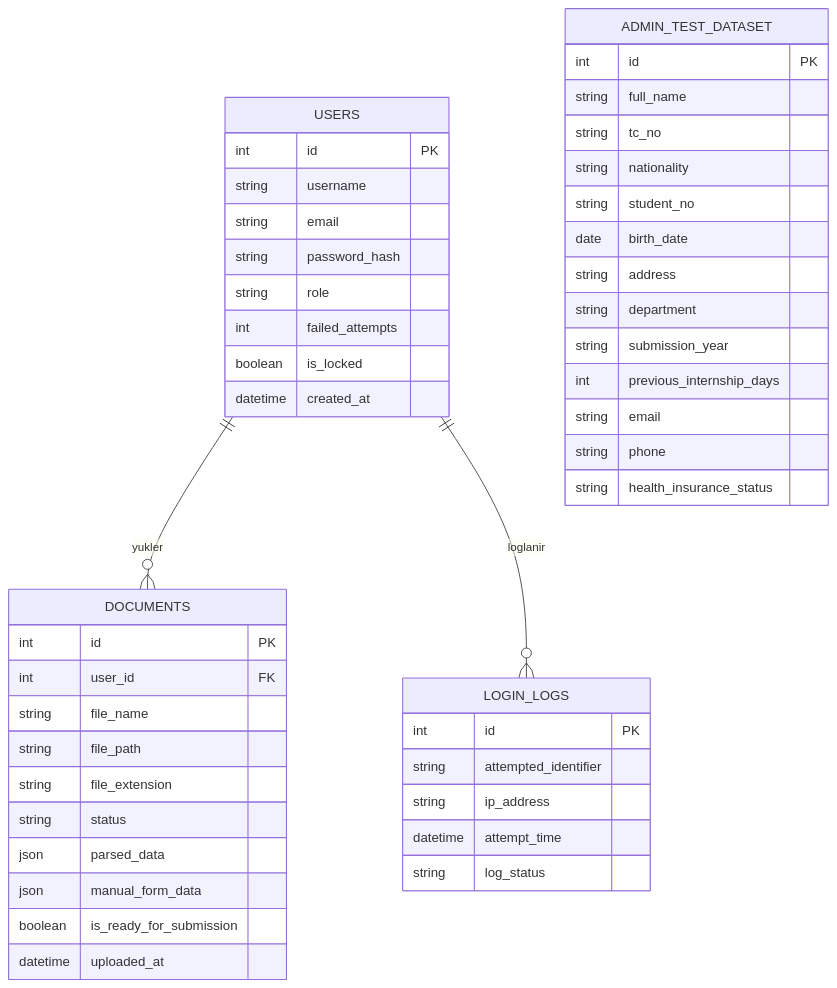
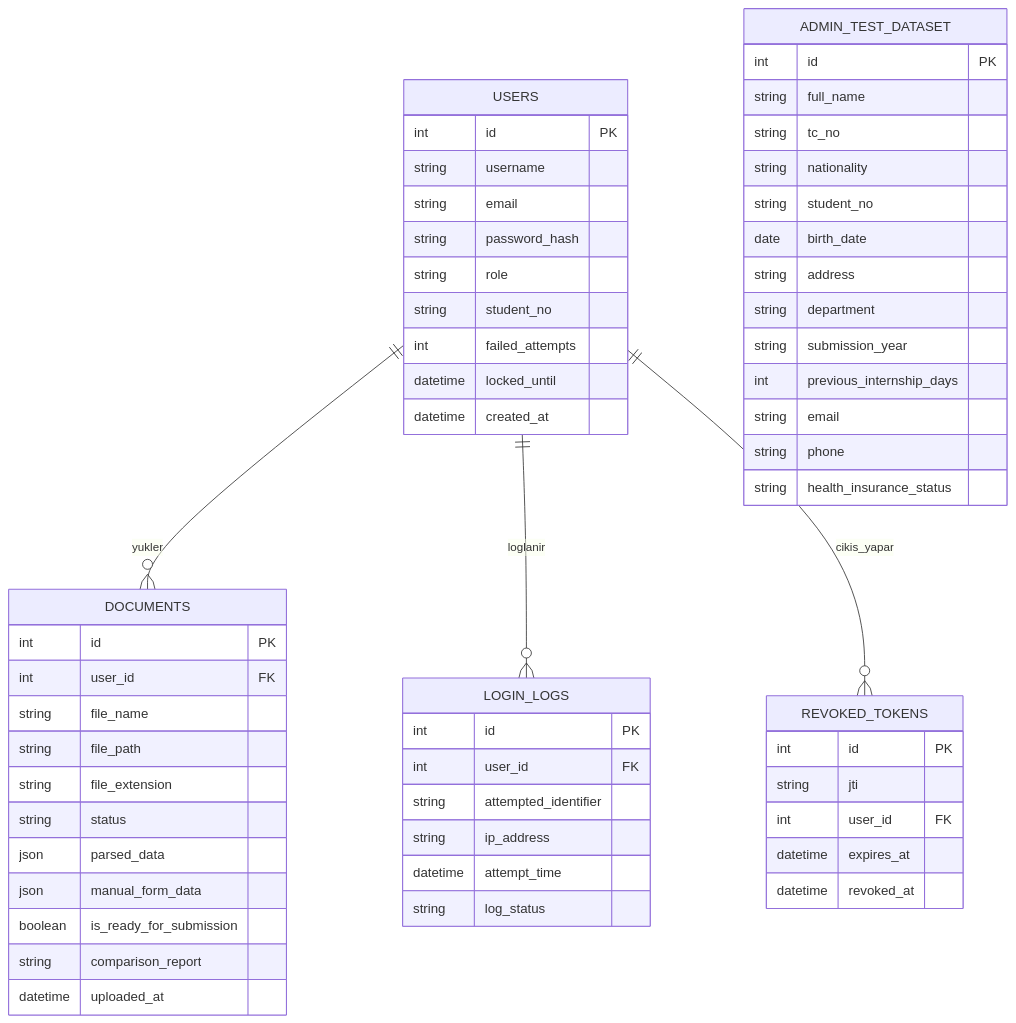
Before and after one commit to faruksrcn21-ux/staj-yonetim-sistemi: the diagram in docs/01_VERITABANI_ER_DIYAGRAMI.md, drawn with Mermaid. The commit also changed other lines of this file and 4 other files, not shown here.

````diff
--- a/docs/01_VERITABANI_ER_DIYAGRAMI.md
+++ b/docs/01_VERITABANI_ER_DIYAGRAMI.md
@@ -71,53 +83,65 @@
 ```mermaid
 erDiagram
     USERS ||--o{ DOCUMENTS : "yukler"
     USERS ||--o{ LOGIN_LOGS : "loglanir"
+    USERS ||--o{ REVOKED_TOKENS : "cikis_yapar"
 
     USERS {
         int id PK
         string username
         string email
         string password_hash
         string role
+        string student_no
         int failed_attempts
-        boolean is_locked
+        datetime locked_until
         datetime created_at
     }
 
     DOCUMENTS {
         int id PK
         int user_id FK
         string file_name
         string file_path
         string file_extension
         string status
         json parsed_data
         json manual_form_data
         boolean is_ready_for_submission
+        string comparison_report
         datetime uploaded_at
     }
 
     ADMIN_TEST_DATASET {
         int id PK
         string full_name
         string tc_no
         string nationality
         string student_no
         date birth_date
         string address
         string department
         string submission_year
         int previous_internship_days
         string email
         string phone
         string health_insurance_status
     }
 
     LOGIN_LOGS {
         int id PK
+        int user_id FK
         string attempted_identifier
         string ip_address
         datetime attempt_time
         string log_status
     }
+
+    REVOKED_TOKENS {
+        int id PK
+        string jti
+        int user_id FK
+        datetime expires_at
+        datetime revoked_at
+    }
 ```
````
